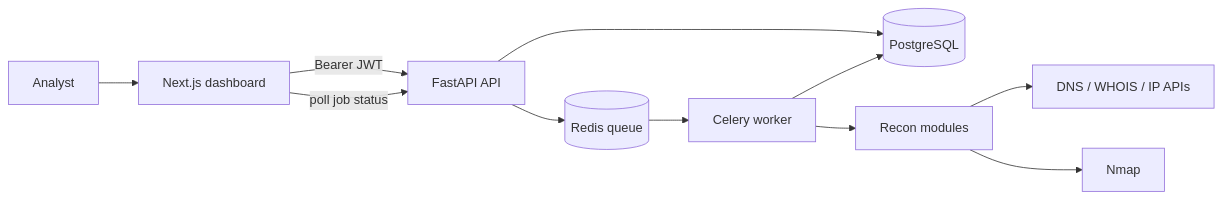
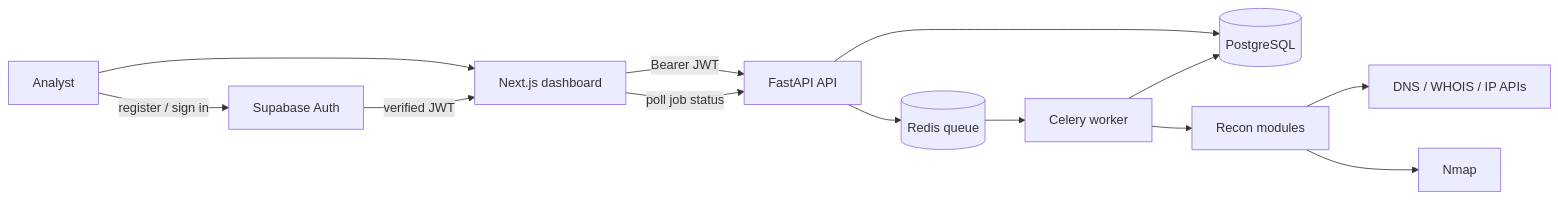
The diagram in README.md (Learnlife001/cyberrecon), drawn with Mermaid before and after one commit. The commit also changed other lines of this file, not shown here.

````diff
--- a/README.md
+++ b/README.md
@@ -19,13 +30,15 @@
 ```mermaid
 flowchart LR
     U[Analyst] --> UI[Next.js dashboard]
+    U -->|register / sign in| AUTH[Supabase Auth]
+    AUTH -->|verified JWT| UI
     UI -->|Bearer JWT| API[FastAPI API]
     API --> DB[(PostgreSQL)]
     API --> Q[(Redis queue)]
     Q --> W[Celery worker]
     W --> R[Recon modules]
     R --> DNS[DNS / WHOIS / IP APIs]
     R --> NMAP[Nmap]
     W --> DB
     UI -->|poll job status| API
 ```
````
